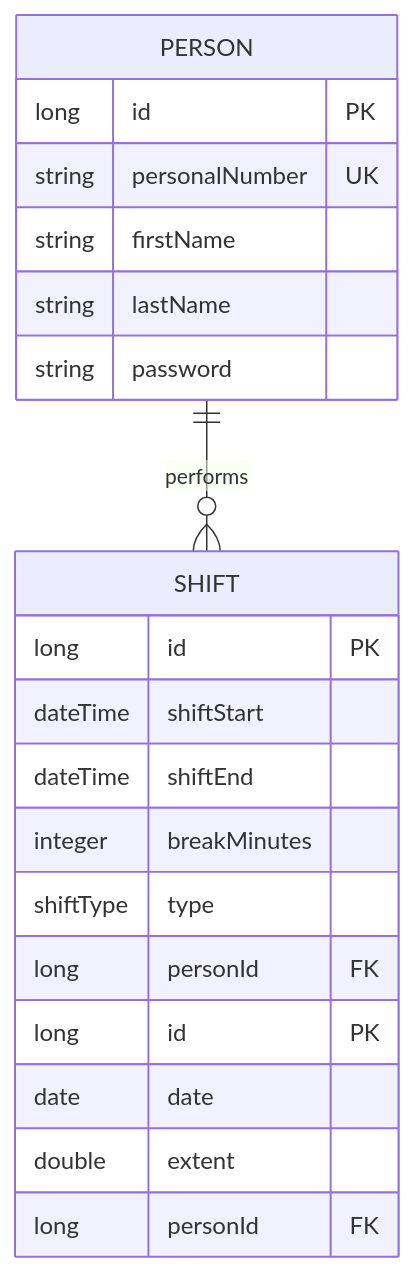
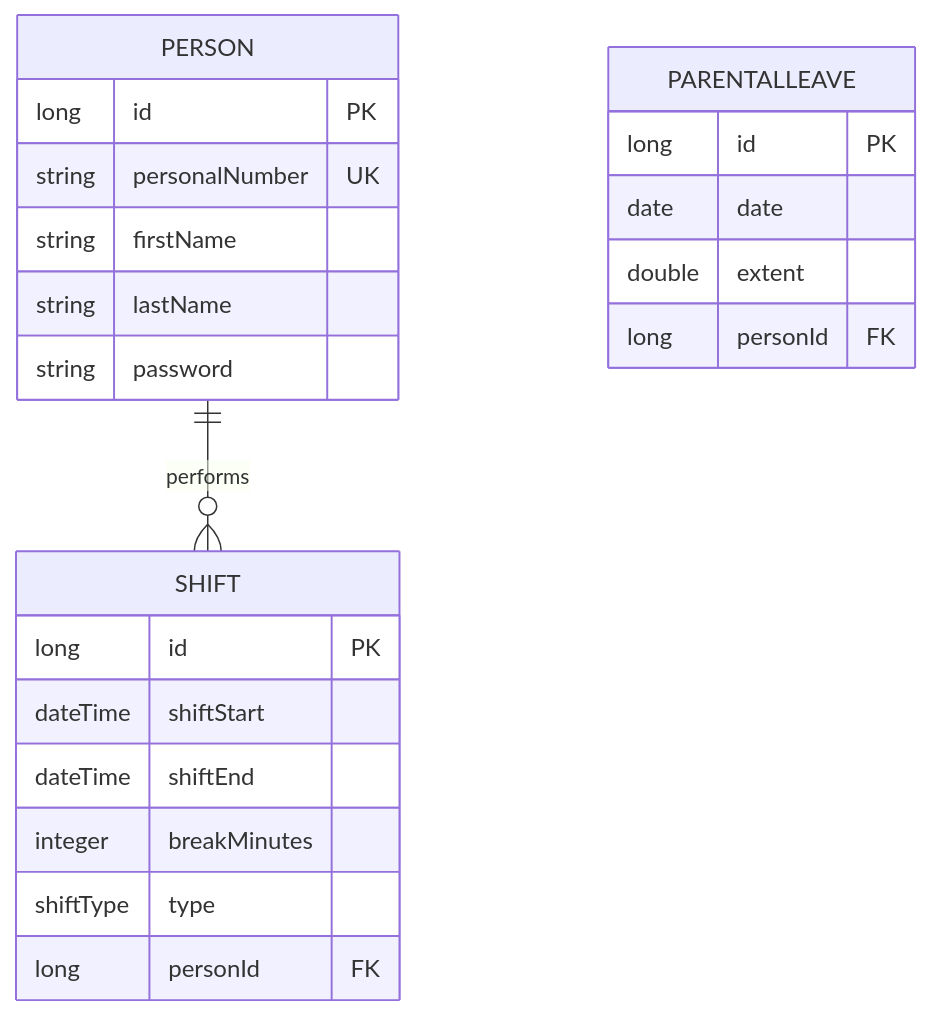
The diagram in README.md (annlolil/sgi-guard), drawn with Mermaid before and after one commit.

Commit message:
Update README to include PARENTALLEAVE structure

````diff
--- a/README.md
+++ b/README.md
@@ -26,28 +26,28 @@
 ```mermaid
 erDiagram
     PERSON ||--o{ SHIFT : "performs"
 
     PERSON {
         long id PK
         string personalNumber UK
         string firstName
         string lastName
         string password
     }
 
     SHIFT {
         long id PK
         dateTime shiftStart
         dateTime shiftEnd
         integer breakMinutes
         shiftType type
         long personId FK
     }
 
-    SHIFT {
+    PARENTALLEAVE {
         long id PK
         date date
         double extent
         long personId FK
     }
 ```
````
